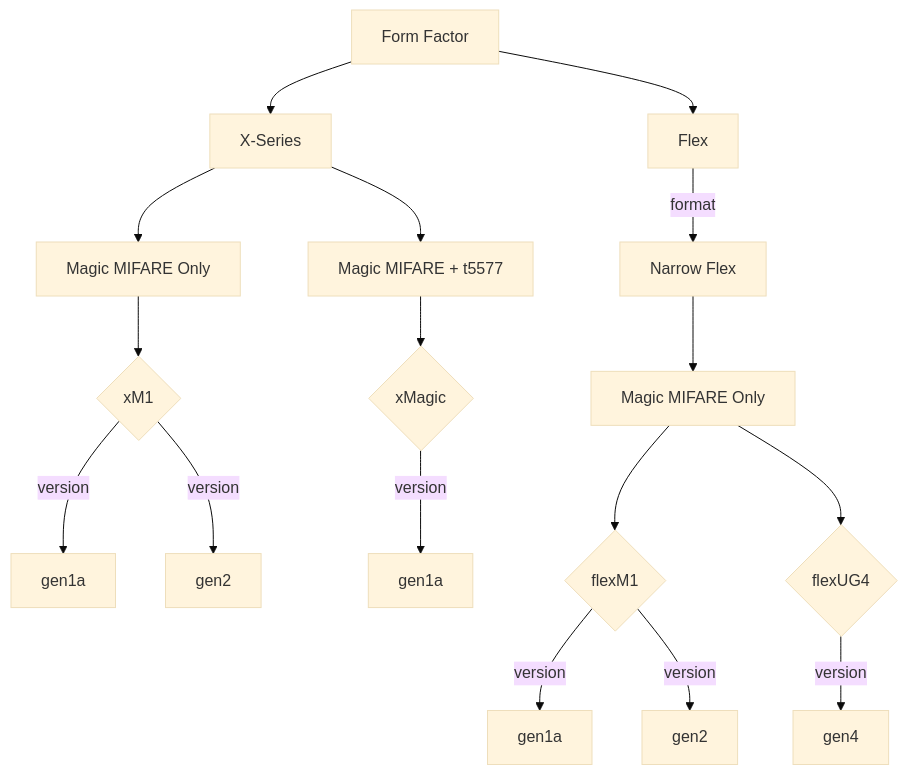
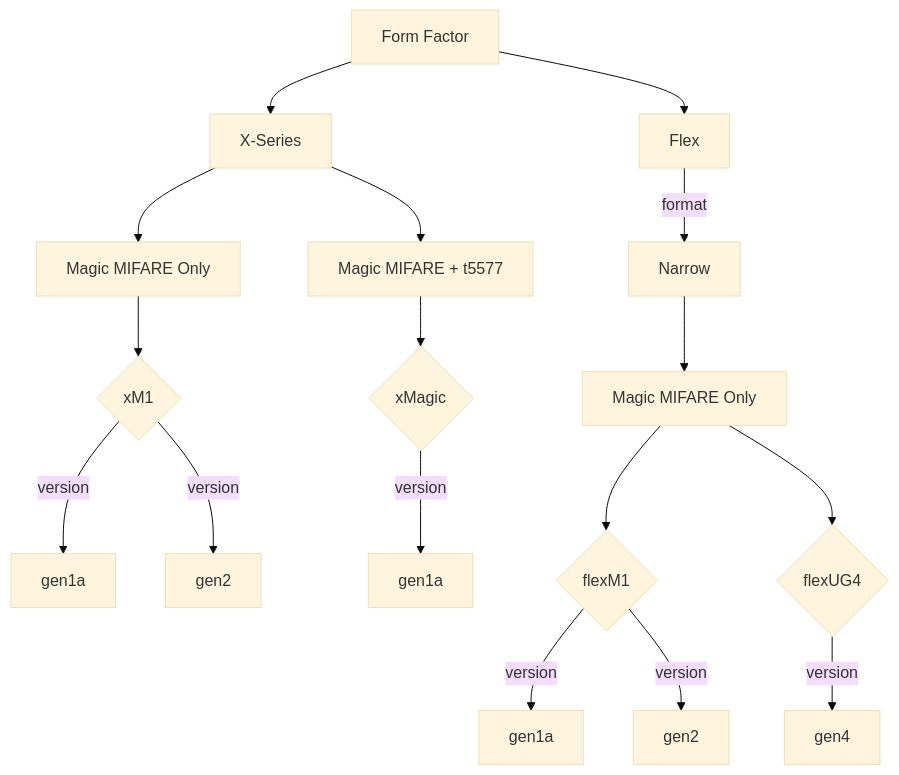
One commit to dangerous-tac0s/pm3_documentation changed the diagram in MIFARE_CLASSIC_1K_4B.md. Above: the diagram before and after it, drawn with Mermaid (base theme).

````diff
--- a/MIFARE_CLASSIC_1K_4B.md
+++ b/MIFARE_CLASSIC_1K_4B.md
@@ -5,16 +5,16 @@
 ```mermaid
   flowchart TD;
       A[Form Factor]--> B[X-Series] & C[Flex];
 
       B --> B1[Magic MIFARE Only] & B2[Magic MIFARE + t5577]
       B1 --> B1.1{xM1}
       B1.1 -- version --> B1.1a[gen1a] & B1.1b[gen2]
       B2 --> B2.1{xMagic}
       B2.1 -- version --> B2.1a[gen1a]
 
-      C -- format --> C1[Narrow Flex]
+      C -- format --> C1[Narrow]
       C1 --> C1.1[Magic MIFARE Only]
       C1.1 --> C1.1a{flexM1} & C1.1b{flexUG4}
       C1.1a -- version --> C1.1a_1[gen1a] & C1.1a_2[gen2]
       C1.1b -- version --> C1.1b_1[gen4]
 ```
````
